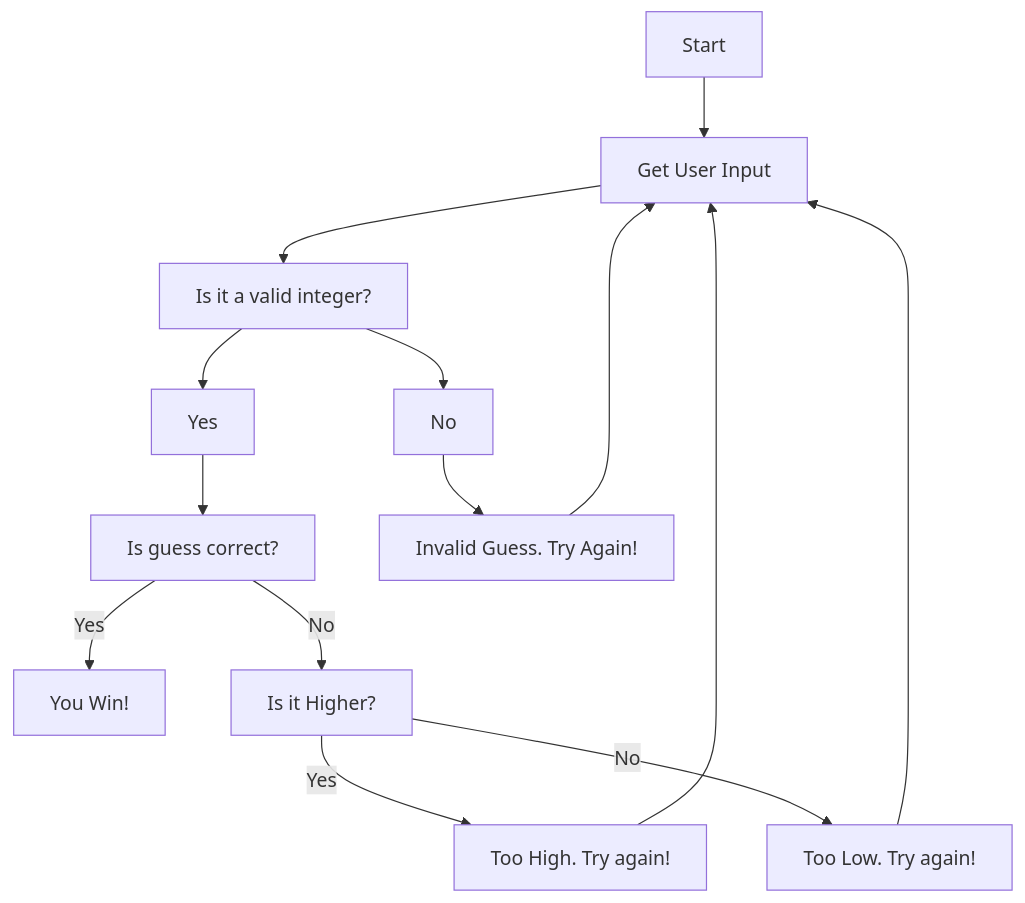
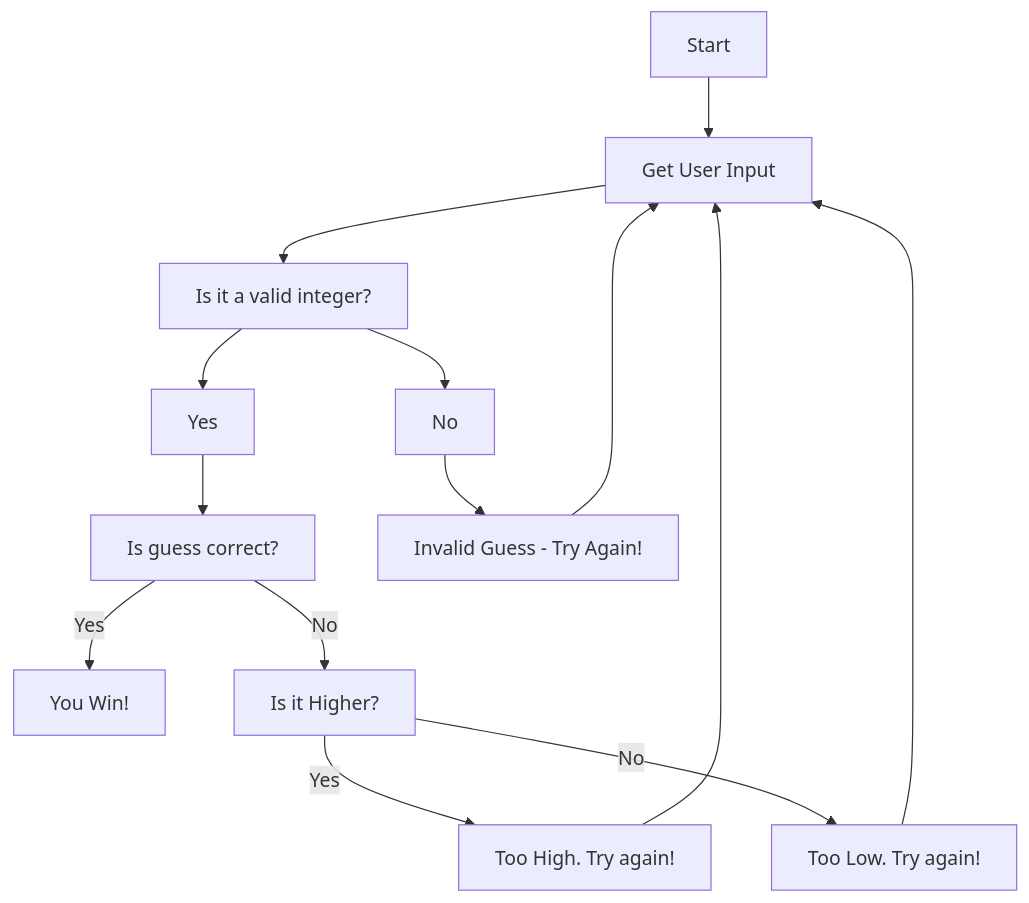
One commit to skygazer629/AndrewRepo123 changed the diagram in Game.md. Above: the diagram before and after it, drawn with Mermaid.

````diff
--- a/Game.md
+++ b/Game.md
@@ -1,13 +1,13 @@
 ```mermaid
 flowchart TD
     A[Start] --> B[Get User Input]
     B --> C["Is it a valid integer?"]
     C --> Yes -->F["Is guess correct?"]
-    C --> No --> E["Invalid Guess.  Try Again!"]
+    C --> No --> E["Invalid Guess - Try Again!"]
     E --> B
     F -- Yes --> H["You Win!"]
     F -- No --> G["Is it Higher?"]
     G -- Yes --> I["Too High. Try again!"] -->B
     G -- No --> J["Too Low.  Try again!"] -->B
     
 ```
````
